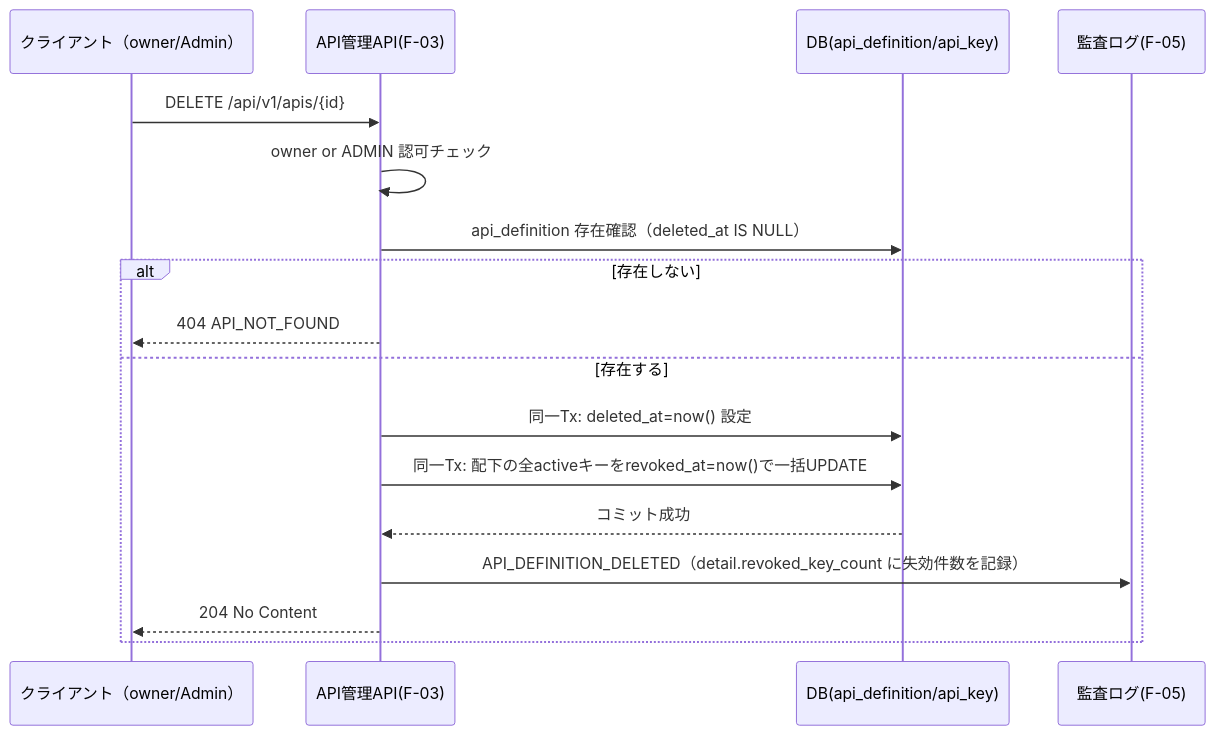
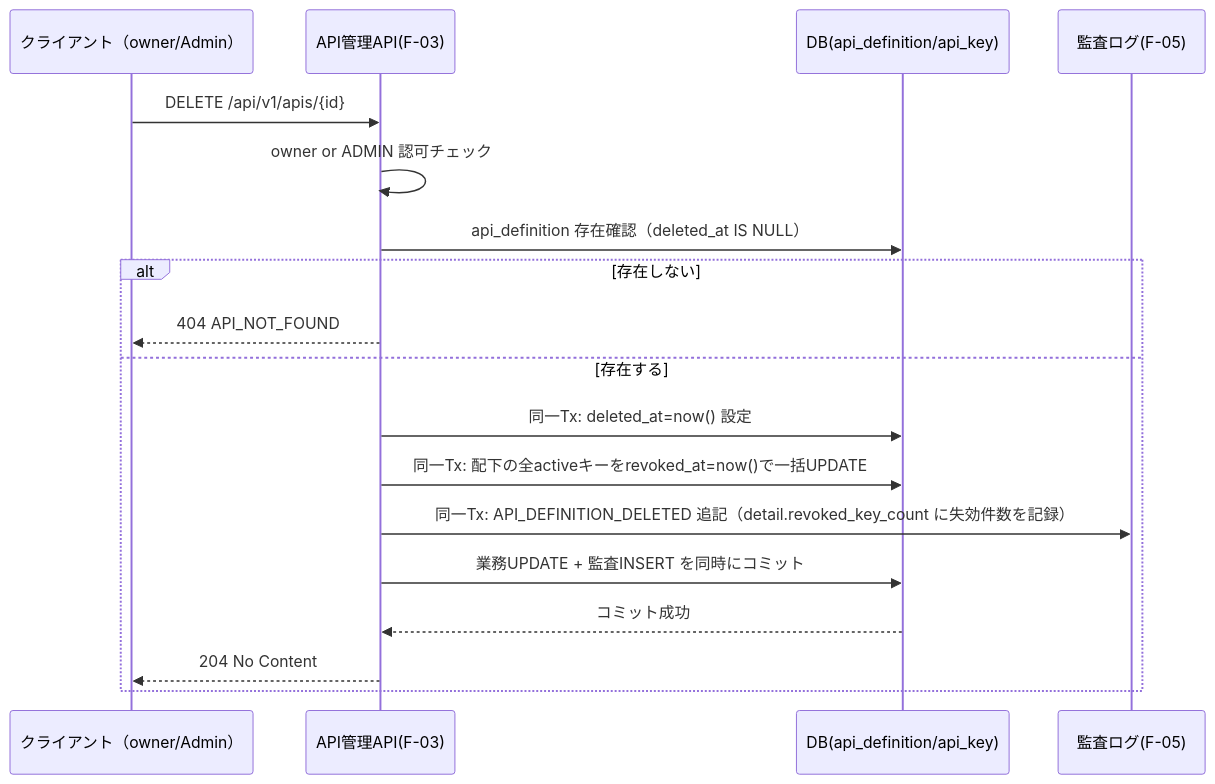
Before and after one commit to ryohei-sumii/ForgeHub: the third of 3 diagrams in docs/design/f-03-api-management.md, drawn with Mermaid. The commit also changed other lines of this file and 5 other files, not shown here.

````diff
--- a/docs/design/f-03-api-management.md
+++ b/docs/design/f-03-api-management.md
@@ -240,20 +243,21 @@
 ```mermaid
 sequenceDiagram
     participant C as クライアント（owner/Admin）
     participant A as API管理API(F-03)
     participant D as DB(api_definition/api_key)
     participant L as 監査ログ(F-05)
 
     C->>A: DELETE /api/v1/apis/{id}
     A->>A: owner or ADMIN 認可チェック
     A->>D: api_definition 存在確認（deleted_at IS NULL）
     alt 存在しない
         A-->>C: 404 API_NOT_FOUND
     else 存在する
         A->>D: 同一Tx: deleted_at=now() 設定
         A->>D: 同一Tx: 配下の全activeキーをrevoked_at=now()で一括UPDATE
+        A->>L: 同一Tx: API_DEFINITION_DELETED 追記（detail.revoked_key_count に失効件数を記録）
+        A->>D: 業務UPDATE + 監査INSERT を同時にコミット
         D-->>A: コミット成功
-        A->>L: API_DEFINITION_DELETED（detail.revoked_key_count に失効件数を記録）
         A-->>C: 204 No Content
     end
 ```
````
